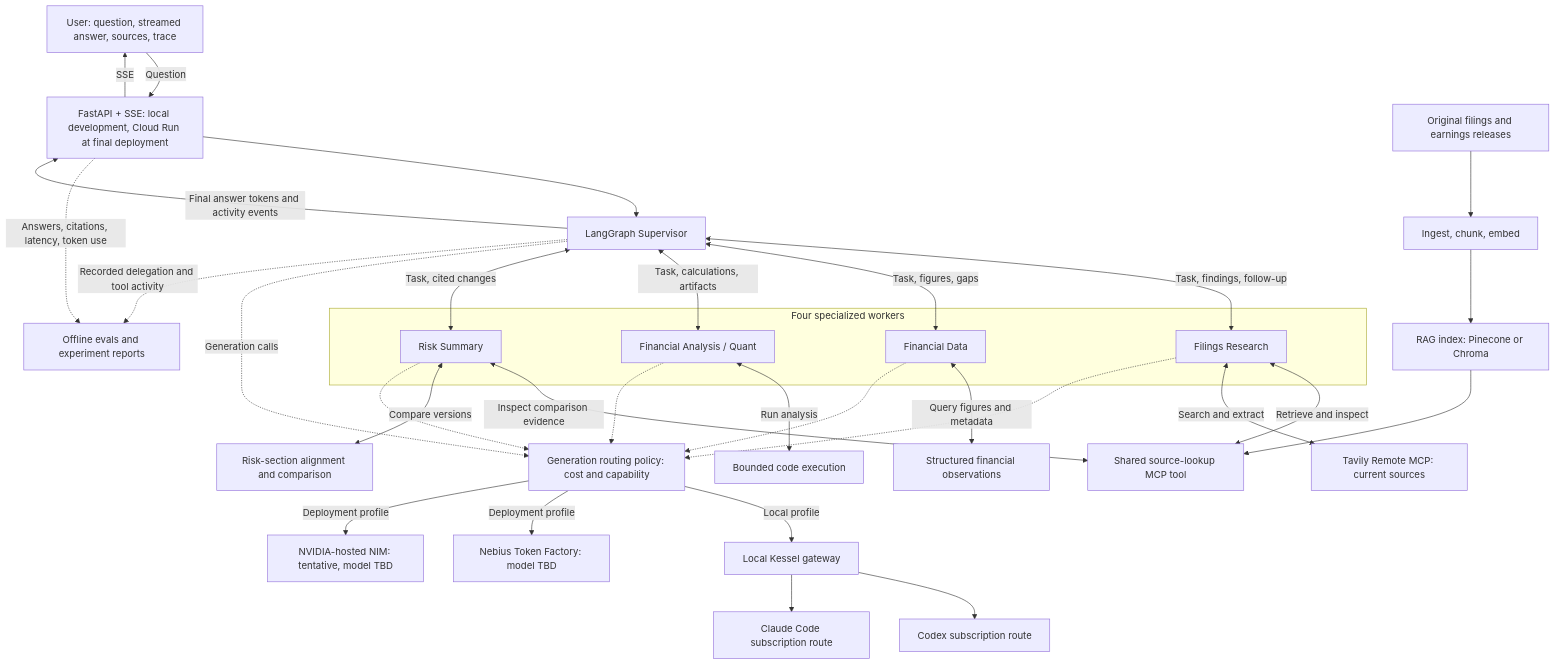
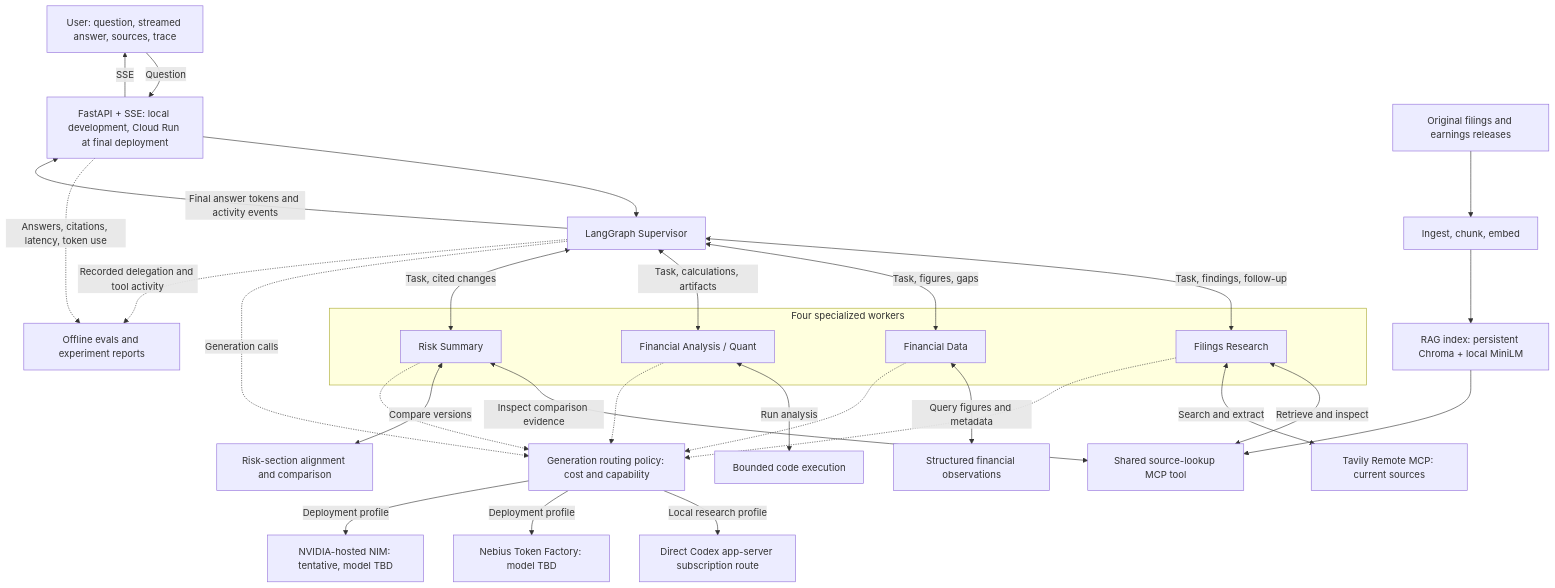
One commit to waderylan/quant-agent-orchestration changed the diagram in docs/planning/PROJECT_SPEC.md. Above: the diagram before and after it, drawn with Mermaid. The commit also changed other lines of this file and 26 other files, not shown here.

First line of the commit message:
Implement M3 direct Codex filings research

````diff
--- a/docs/planning/PROJECT_SPEC.md
+++ b/docs/planning/PROJECT_SPEC.md
@@ -106,62 +106,58 @@
 ```mermaid
 flowchart TB
     UI["User: question, streamed answer, sources, trace"]
     API["FastAPI + SSE: local development, Cloud Run at final deployment"]
     S["LangGraph Supervisor"]
 
     UI -->|Question| API
     API --> S
     S -->|Final answer tokens and activity events| API
     API -->|SSE| UI
 
     subgraph Workers["Four specialized workers"]
         R["Filings Research"]
         D["Financial Data"]
         Q["Financial Analysis / Quant"]
         K["Risk Summary"]
     end
 
     S <-->|Task, findings, follow-up| R
     S <-->|Task, figures, gaps| D
     S <-->|Task, calculations, artifacts| Q
     S <-->|Task, cited changes| K
 
     SRC["Original filings and earnings releases"]
     ING["Ingest, chunk, embed"]
-    V["RAG index: Pinecone or Chroma"]
+    V["RAG index: persistent Chroma + local MiniLM"]
     MCP["Shared source-lookup MCP tool"]
     FD["Structured financial observations"]
     LIVE["Tavily Remote MCP: current sources"]
     RUN["Bounded code execution"]
     DIFF["Risk-section alignment and comparison"]
 
     SRC --> ING --> V
     V --> MCP
     R <-->|Retrieve and inspect| MCP
     K <-->|Inspect comparison evidence| MCP
     R <-->|Search and extract| LIVE
     D <-->|Query figures and metadata| FD
     Q <-->|Run analysis| RUN
     K <-->|Compare versions| DIFF
 
     ROUTE["Generation routing policy: cost and capability"]
     A["Nebius Token Factory: model TBD"]
     B["NVIDIA-hosted NIM: tentative, model TBD"]
-    KG["Local Kessel gateway"]
-    CX["Codex subscription route"]
-    CC["Claude Code subscription route"]
+    CX["Direct Codex app-server subscription route"]
     S -.->|Generation calls| ROUTE
     R -.-> ROUTE
     D -.-> ROUTE
     Q -.-> ROUTE
     K -.-> ROUTE
-    ROUTE -->|Local profile| KG
-    KG --> CX
-    KG --> CC
+    ROUTE -->|Local research profile| CX
     ROUTE -->|Deployment profile| A
     ROUTE -->|Deployment profile| B
 
     E["Offline evals and experiment reports"]
     S -.->|Recorded delegation and tool activity| E
     API -.->|Answers, citations, latency, token use| E
 ```
````
